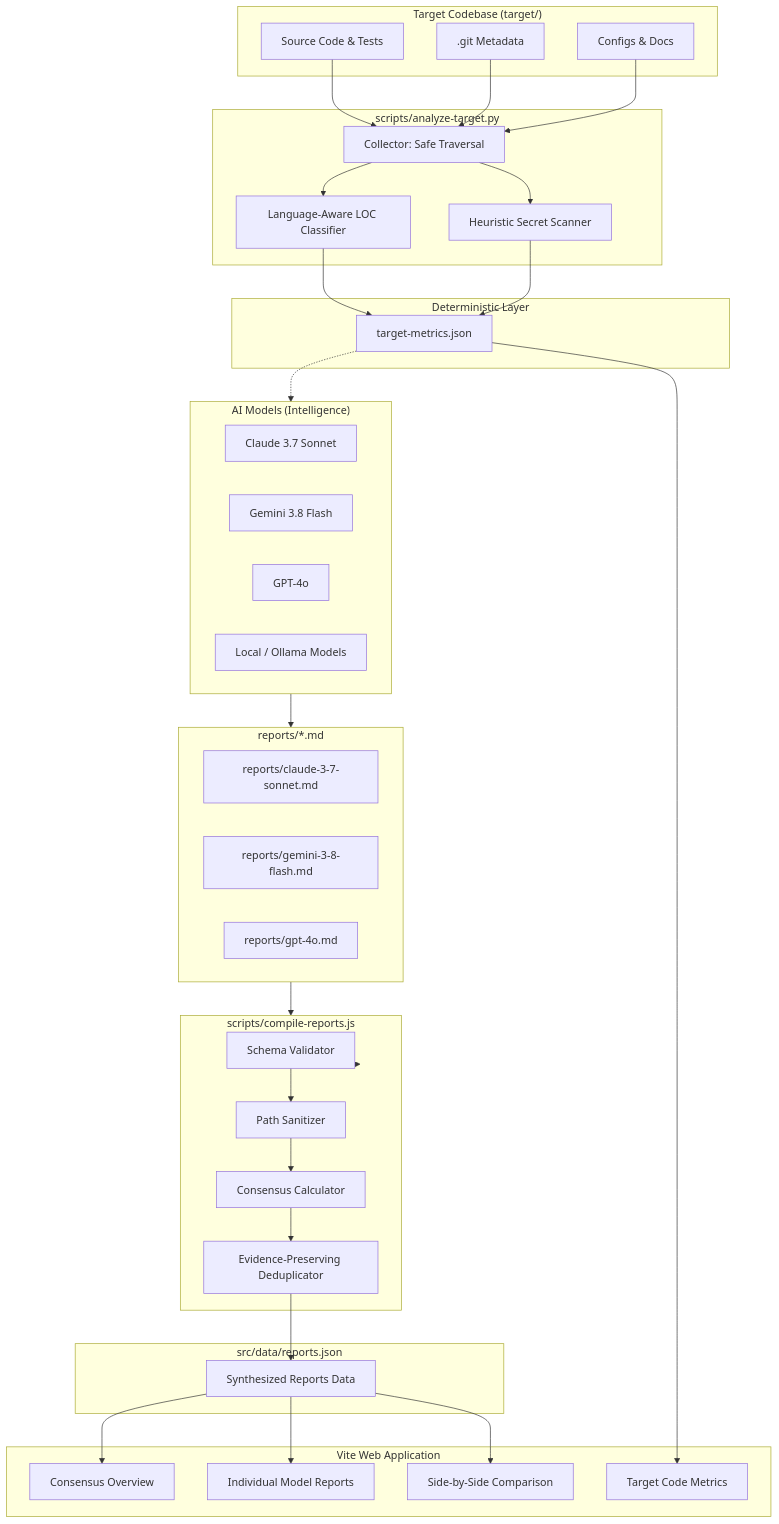
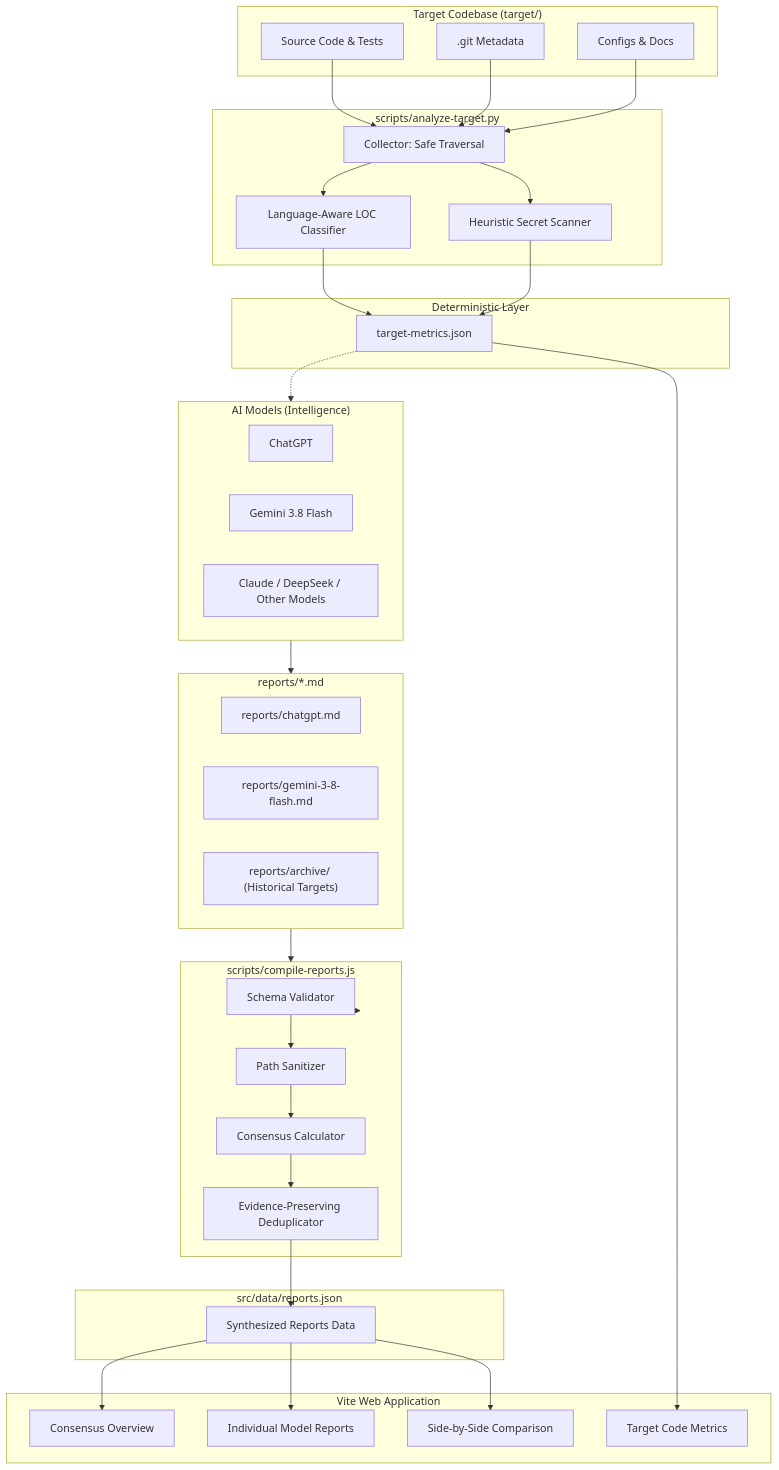
Before and after one commit to kreier/review1: the diagram in docs/ARCHITECTURE.md, drawn with Mermaid. The commit also changed 14 other files, not shown here.

First line of the commit message:
fix(reports): replace hallucinated reviews with real ChatGPT and Gemini evaluations

````diff
--- a/docs/ARCHITECTURE.md
+++ b/docs/ARCHITECTURE.md
@@ -93,71 +93,70 @@
 ```mermaid
 flowchart TD
     subgraph Target["Target Codebase (target/)"]
         SRC["Source Code & Tests"]
         GIT[".git Metadata"]
         CONF["Configs & Docs"]
     end
 
     subgraph CollectorAnalyzer["scripts/analyze-target.py"]
         COL["Collector: Safe Traversal"]
         LANG["Language-Aware LOC Classifier"]
         SEC["Heuristic Secret Scanner"]
     end
 
     subgraph DeterministicOutput["Deterministic Layer"]
         METRICS["target-metrics.json"]
     end
 
     subgraph Models["AI Models (Intelligence)"]
-        CLAUDE["Claude 3.7 Sonnet"]
+        CHATGPT["ChatGPT"]
         GEMINI["Gemini 3.8 Flash"]
-        GPT["GPT-4o"]
-        LOCAL["Local / Ollama Models"]
+        OTHER["Claude / DeepSeek / Other Models"]
     end
 
     subgraph RawReports["reports/*.md"]
-        REP1["reports/claude-3-7-sonnet.md"]
+        REP1["reports/chatgpt.md"]
         REP2["reports/gemini-3-8-flash.md"]
-        REP3["reports/gpt-4o.md"]
+        REP3["reports/archive/ (Historical Targets)"]
     end
 
     subgraph Compiler["scripts/compile-reports.js"]
         VAL["Schema Validator"]
         SAN["Path Sanitizer"]
         CONS["Consensus Calculator"]
         DEDUP["Evidence-Preserving Deduplicator"]
     end
 
     subgraph Compiled["src/data/reports.json"]
         REPORT_DATA["Synthesized Reports Data"]
     end
 
     subgraph Dashboard["Vite Web Application"]
         UI_OVERVIEW["Consensus Overview"]
         UI_REPORTS["Individual Model Reports"]
         UI_COMPARE["Side-by-Side Comparison"]
         UI_METRICS["Target Code Metrics"]
     end
 
     SRC --> COL
     GIT --> COL
     CONF --> COL
     COL --> LANG
     COL --> SEC
     LANG --> METRICS
     SEC --> METRICS
 
     METRICS -.-> Models
     Models --> RawReports
     RawReports --> Compiler
     Compiler --> VAL
     VAL --> SAN
     SAN --> CONS
     CONS --> DEDUP
     DEDUP --> REPORT_DATA
 
     REPORT_DATA --> UI_OVERVIEW
     REPORT_DATA --> UI_REPORTS
     REPORT_DATA --> UI_COMPARE
     METRICS --> UI_METRICS
 ```
````
